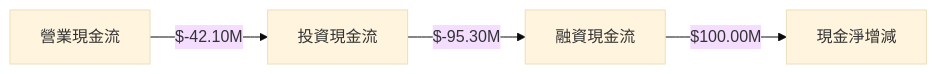
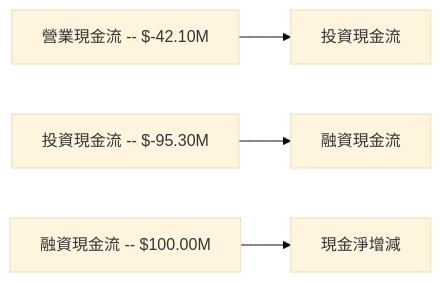
The seventh of 11 diagrams in ai_gen_report/stock/ktos/fundamental_analysis_2026-03-21_openai.md (yennanliu/finance_data), drawn with Mermaid (base theme) before and after one commit. The commit also changed other lines of this file and 2258 other files, not shown here.

First line of the commit message:
chore: backfill Mermaid syntax repair across existing reports

````diff
--- a/ai_gen_report/stock/ktos/fundamental_analysis_2026-03-21_openai.md
+++ b/ai_gen_report/stock/ktos/fundamental_analysis_2026-03-21_openai.md
@@ -207,6 +207,6 @@
 ```mermaid
 graph LR
-    營業現金流 -- $-42.10M --> 投資現金流
-    投資現金流 -- $-95.30M --> 融資現金流
-    融資現金流 -- $100.00M --> 現金淨增減
+    nb1["營業現金流 -- $-42.10M"] --> 投資現金流
+    nb2["投資現金流 -- $-95.30M"] --> 融資現金流
+    nb3["融資現金流 -- $100.00M"] --> 現金淨增減
 ```
````
